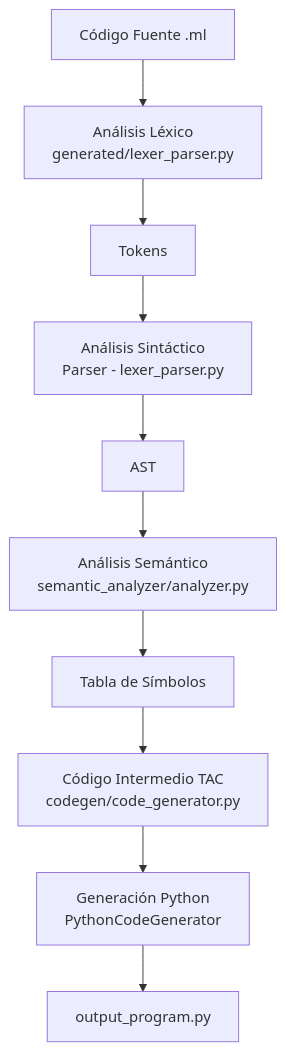
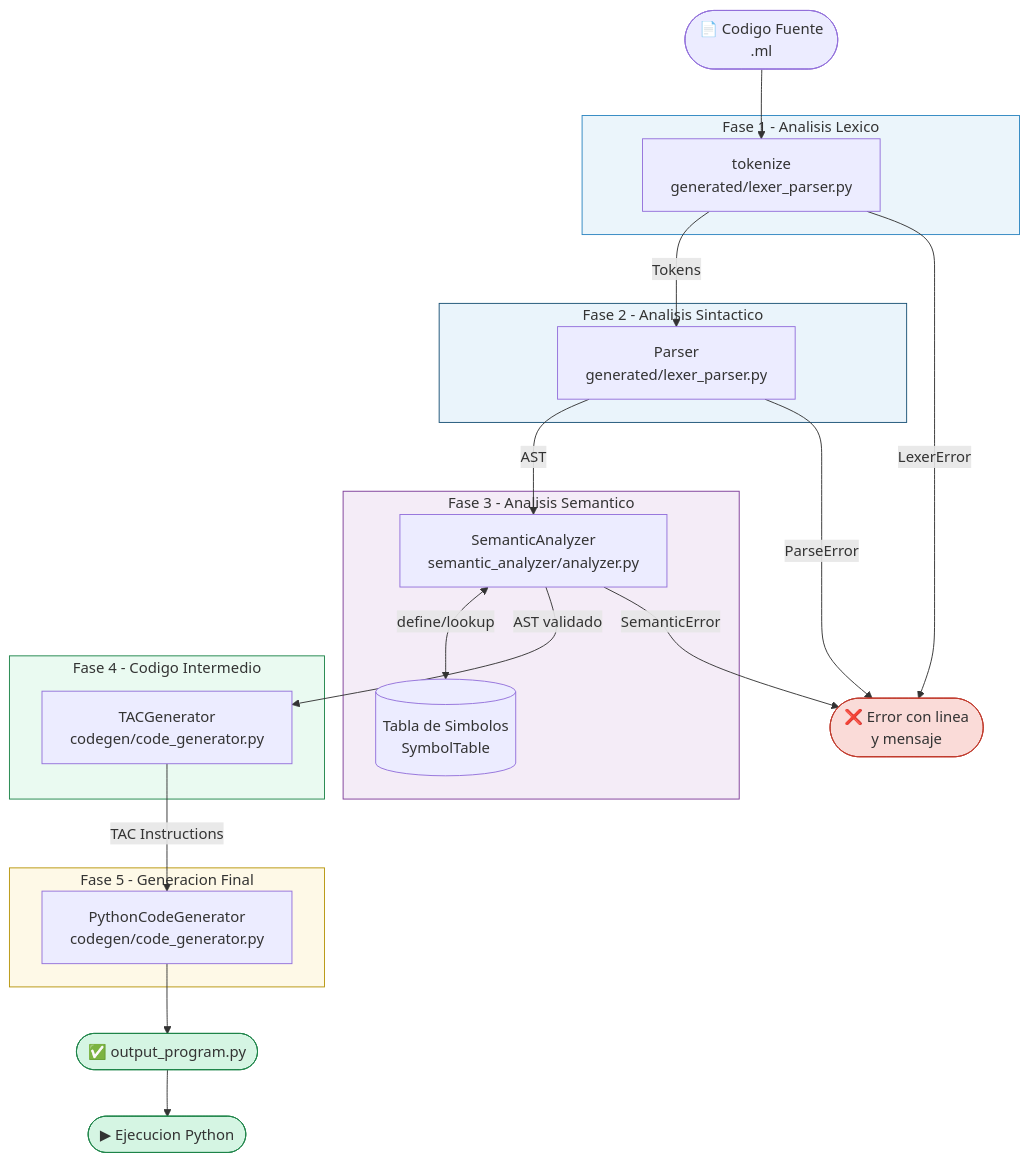
One commit to danrtx/MathLang-Compiler changed the diagram in README.md. Above: the diagram before and after it, drawn with Mermaid. The commit also changed other lines of this file, not shown here.

````diff
--- a/README.md
+++ b/README.md
@@ -8,12 +10,54 @@
 ```mermaid
 flowchart TD
-    A[Código Fuente .ml] --> B[Análisis Léxico\ngenerated/lexer_parser.py]
-    B --> C[Tokens]
-    C --> D[Análisis Sintáctico\nParser - lexer_parser.py]
-    D --> E[AST]
-    E --> F[Análisis Semántico\nsemantic_analyzer/analyzer.py]
-    F --> G[Tabla de Símbolos]
-    G --> H[Código Intermedio TAC\ncodegen/code_generator.py]
-    H --> I[Generación Python\nPythonCodeGenerator]
-    I --> J[output_program.py]
+    A([📄 Codigo Fuente
+.ml]) --> B
+
+    subgraph FASE1 [Fase 1 - Analisis Lexico]
+        B[tokenize
+generated/lexer_parser.py]
+    end
+
+    subgraph FASE2 [Fase 2 - Analisis Sintactico]
+        C[Parser
+generated/lexer_parser.py]
+    end
+
+    subgraph FASE3 [Fase 3 - Analisis Semantico]
+        E[SemanticAnalyzer
+semantic_analyzer/analyzer.py]
+        F[(Tabla de Simbolos
+SymbolTable)]
+    end
+
+    subgraph FASE4 [Fase 4 - Codigo Intermedio]
+        G[TACGenerator
+codegen/code_generator.py]
+    end
+
+    subgraph FASE5 [Fase 5 - Generacion Final]
+        I[PythonCodeGenerator
+codegen/code_generator.py]
+    end
+
+    B -->|Tokens| C
+    C -->|AST| E
+    E <-->|define/lookup| F
+    E -->|AST validado| G
+    G -->|TAC Instructions| I
+    I --> J([✅ output_program.py])
+    J --> K([▶ Ejecucion Python])
+
+    B -->|LexerError| ERR([❌ Error con linea
+y mensaje])
+    C -->|ParseError| ERR
+    E -->|SemanticError| ERR
+
+    style FASE1 fill:#EBF5FB,stroke:#2E86C1
+    style FASE2 fill:#EAF4FB,stroke:#1A5276
+    style FASE3 fill:#F4ECF7,stroke:#7D3C98
+    style FASE4 fill:#EAFAF1,stroke:#1E8449
+    style FASE5 fill:#FEF9E7,stroke:#B7950B
+    style ERR fill:#FADBD8,stroke:#C0392B
+    style J fill:#D5F5E3,stroke:#1E8449
+    style K fill:#D5F5E3,stroke:#1E8449
 ```
````
